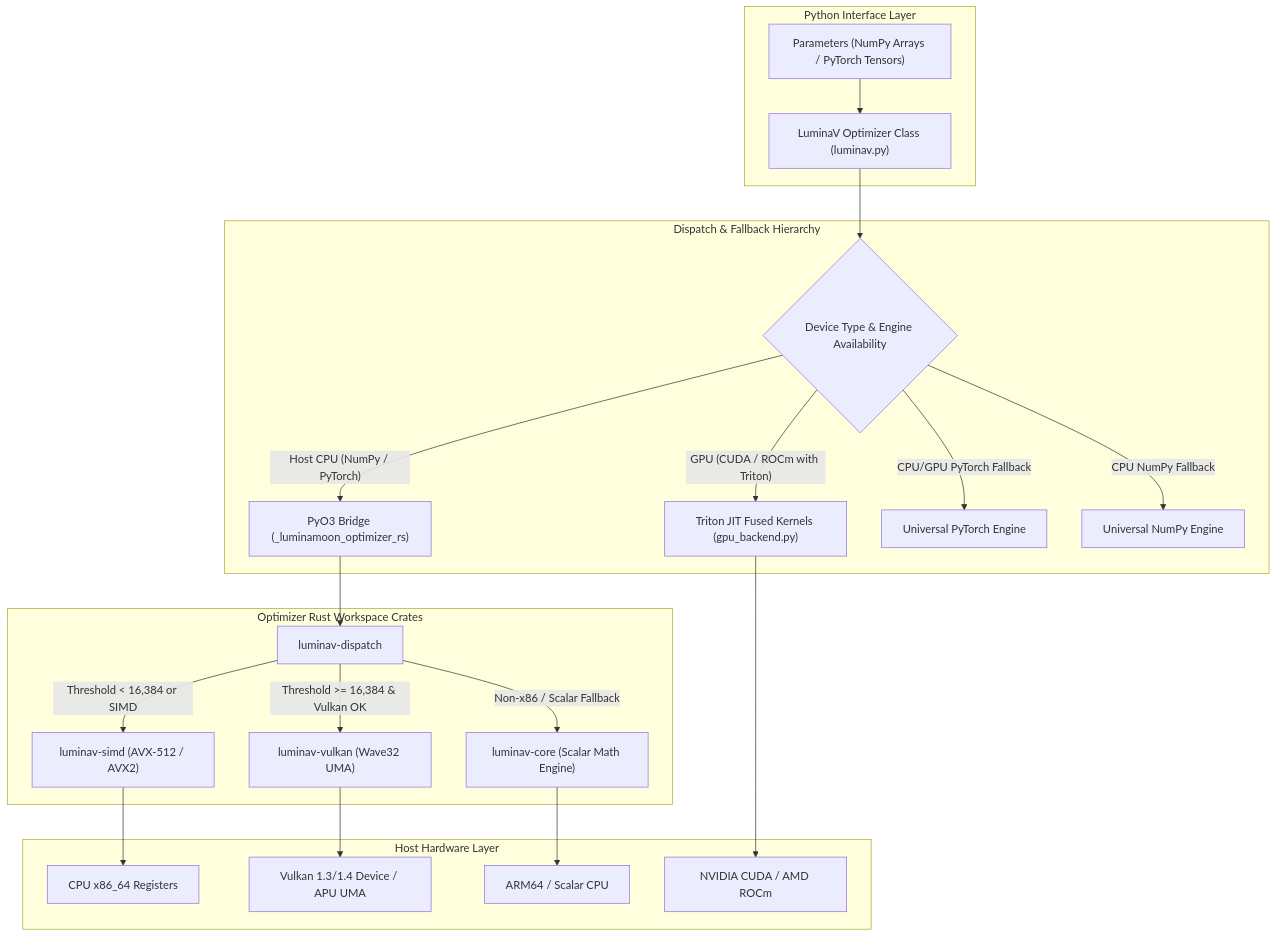
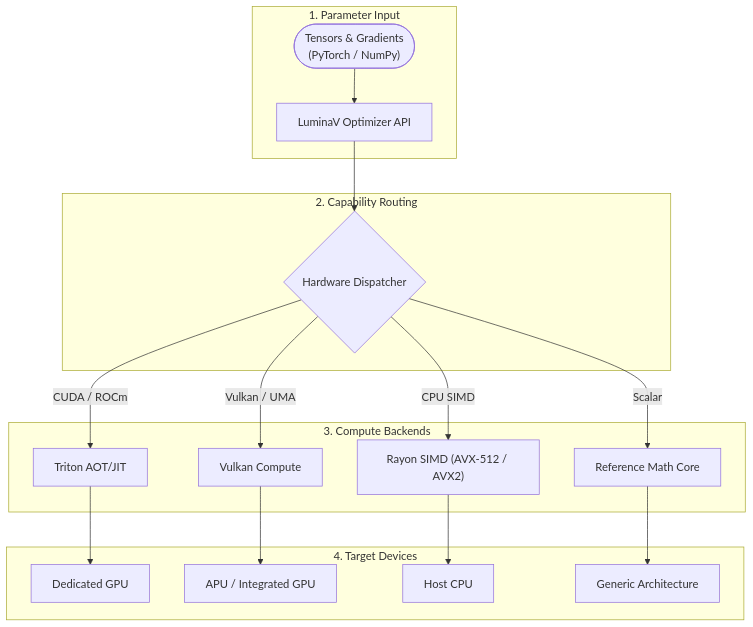
The first of 2 diagrams in docs/en/04_architecture_and_hardware.md (cloverx-id/luminamoon), drawn with Mermaid before and after one commit. The commit also changed other lines of this file and 33 other files, not shown here.

Commit message:
change diagram style

````diff
--- a/docs/en/04_architecture_and_hardware.md
+++ b/docs/en/04_architecture_and_hardware.md
@@ -9,31 +9,24 @@
 ```mermaid
 flowchart TD
-    subgraph PythonLayer["Python Interface Layer"]
-        InputParams["Parameters (NumPy Arrays / PyTorch Tensors)"]
-        LuminaVClass["LuminaV Optimizer Class (luminav.py)"]
-        InputParams --> LuminaVClass
+    subgraph Inputs["1. Parameter Input"]
+        Params(["Tensors & Gradients\n(PyTorch / NumPy)"]) --> API["LuminaV Optimizer API"]
     end
 
-    subgraph DispatchHierarchy["Dispatch & Fallback Hierarchy"]
-        LuminaVClass --> Decision{"Device Type & Engine Availability"}
-        
-        Decision -->|"Host CPU (NumPy / PyTorch)"| NativeFFI["PyO3 Bridge (_luminamoon_optimizer_rs)"]
-        Decision -->|"GPU (CUDA / ROCm with Triton)"| TritonEngine["Triton JIT Fused Kernels (gpu_backend.py)"]
-        Decision -->|"CPU/GPU PyTorch Fallback"| TorchFallback["Universal PyTorch Engine"]
-        Decision -->|"CPU NumPy Fallback"| NumpyFallback["Universal NumPy Engine"]
+    subgraph Routing["2. Capability Routing"]
+        API --> Dispatcher{"Hardware Dispatcher"}
     end
 
-    subgraph RustWorkspace["Optimizer Rust Workspace Crates"]
-        NativeFFI --> DispatchCrate["luminav-dispatch"]
-        DispatchCrate -->|"Threshold < 16,384 or SIMD"| SimdCrate["luminav-simd (AVX-512 / AVX2)"]
-        DispatchCrate -->|"Threshold >= 16,384 & Vulkan OK"| VulkanCrate["luminav-vulkan (Wave32 UMA)"]
-        DispatchCrate -->|"Non-x86 / Scalar Fallback"| CoreCrate["luminav-core (Scalar Math Engine)"]
+    subgraph Backends["3. Compute Backends"]
+        Dispatcher -->|"CUDA / ROCm"| Triton["Triton AOT/JIT"]
+        Dispatcher -->|"Vulkan / UMA"| Vulkan["Vulkan Compute"]
+        Dispatcher -->|"CPU SIMD"| SIMD["Rayon SIMD (AVX-512 / AVX2)"]
+        Dispatcher -->|"Scalar"| Scalar["Reference Math Core"]
     end
 
-    subgraph HardwareLayer["Host Hardware Layer"]
-        SimdCrate --> CPUCore["CPU x86_64 Registers"]
-        VulkanCrate --> VulkanDevice["Vulkan 1.3/1.4 Device / APU UMA"]
-        CoreCrate --> ARMCPU["ARM64 / Scalar CPU"]
-        TritonEngine --> DedicatedGPU["NVIDIA CUDA / AMD ROCm"]
+    subgraph Targets["4. Target Devices"]
+        Triton --> DevGPU["Dedicated GPU"]
+        Vulkan --> DevUMA["APU / Integrated GPU"]
+        SIMD --> DevCPU["Host CPU"]
+        Scalar --> DevGeneric["Generic Architecture"]
     end
 ```
````
